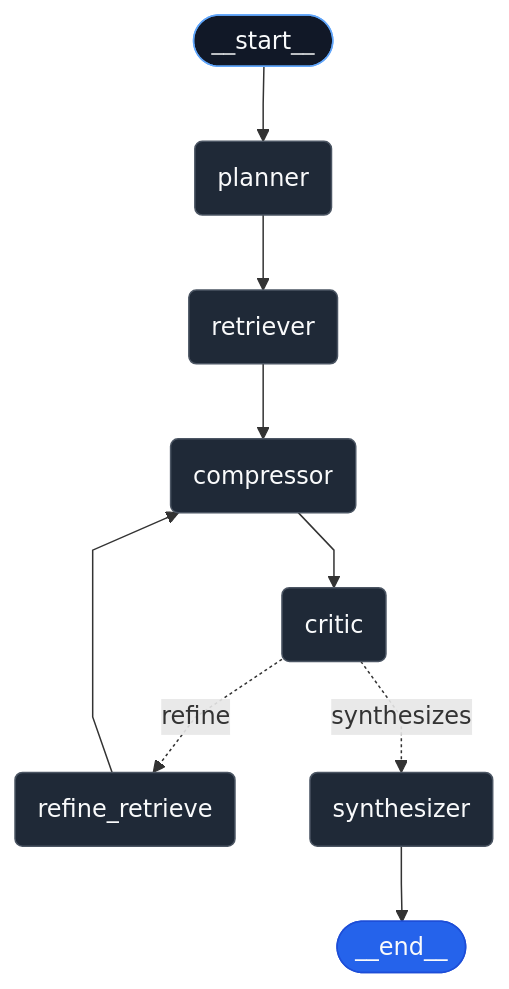
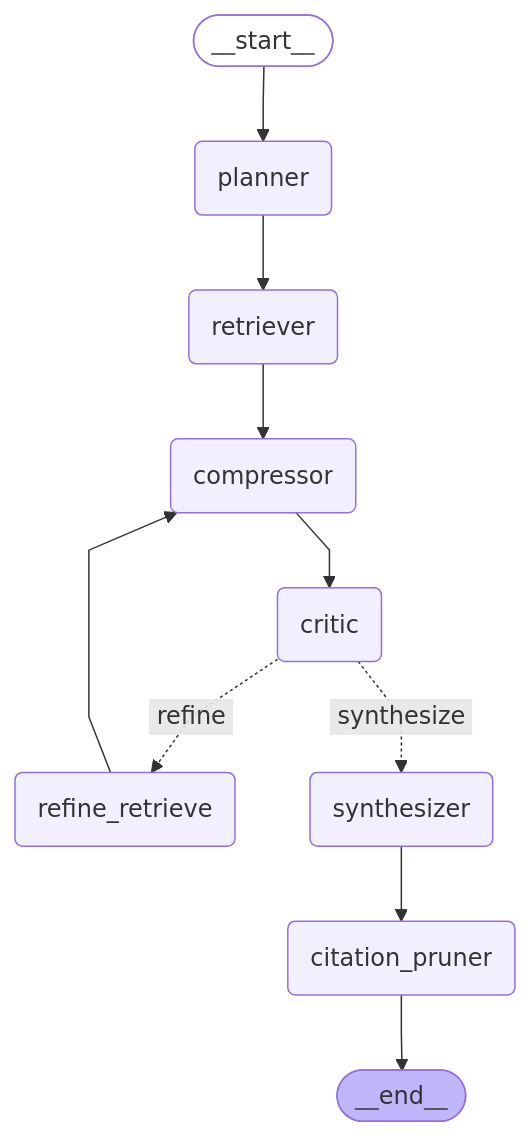
One commit to scmclimited/deep_rag changed the diagram in README.md. Above: the diagram before and after it, drawn with Mermaid.

Commit message:
Update Mermaid diagram syntax in README.md
graph nodes update

````diff
--- a/README.md
+++ b/README.md
@@ -5,23 +5,30 @@
 ```mermaid
-%%{init: {'flowchart': {'curve': 'linear'}}}%%
+---
+config:
+  flowchart:
+    curve: linear
+---
 graph TD;
-	__start__([__start__]):::first
+	__start__([<p>__start__</p>]):::first
 	planner(planner)
 	retriever(retriever)
 	compressor(compressor)
 	critic(critic)
 	refine_retrieve(refine_retrieve)
 	synthesizer(synthesizer)
-	__end__([__end__]):::last
+	citation_pruner(citation_pruner)
+	__end__([<p>__end__</p>]):::last
 	__start__ --> planner;
+	citation_pruner --> __end__;
 	compressor --> critic;
 	planner --> retriever;
 	refine_retrieve --> compressor;
 	retriever --> compressor;
-	synthesizer --> __end__;
-	critic -. refine .-> refine_retrieve;
-	critic -. synthesizes .-> synthesizer;
-	classDef default fill:#1f2937,color:#f9fafb,stroke:#4b5563,line-height:1.2;
-	classDef first fill:#111827,color:#f9fafb,stroke:#60a5fa;
-	classDef last fill:#2563eb,color:#f9fafb,stroke:#1d4ed8;
+	synthesizer --> citation_pruner;
+	critic -. &nbsp;refine&nbsp; .-> refine_retrieve;
+	critic -. &nbsp;synthesize&nbsp; .-> synthesizer;
+	classDef default fill:#f2f0ff,line-height:1.2
+	classDef first fill-opacity:0
+	classDef last fill:#bfb6fc
+
 ```
````
